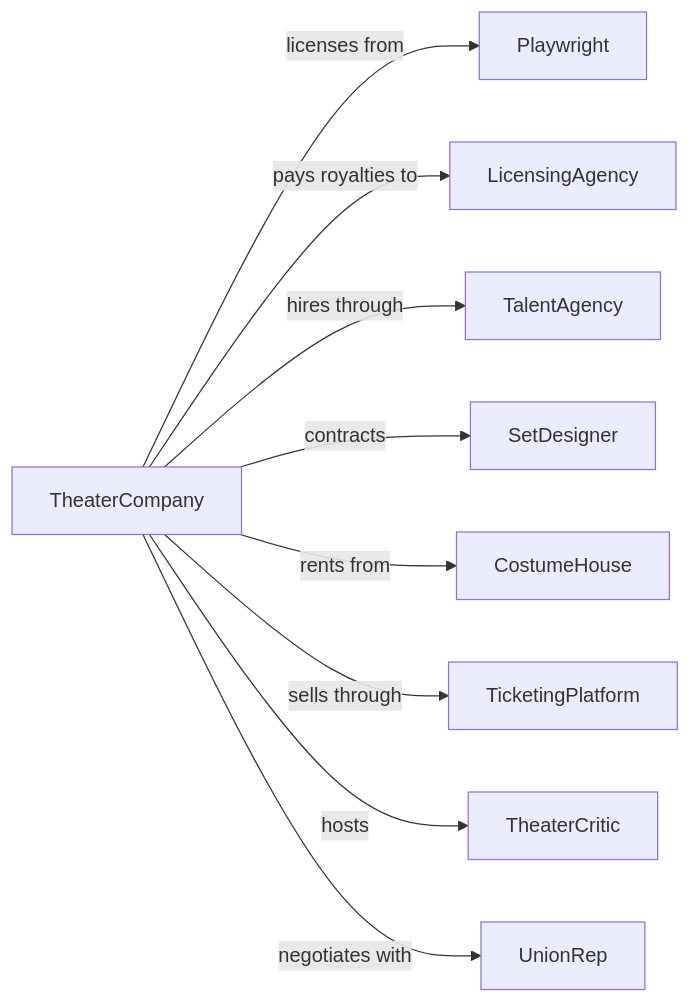
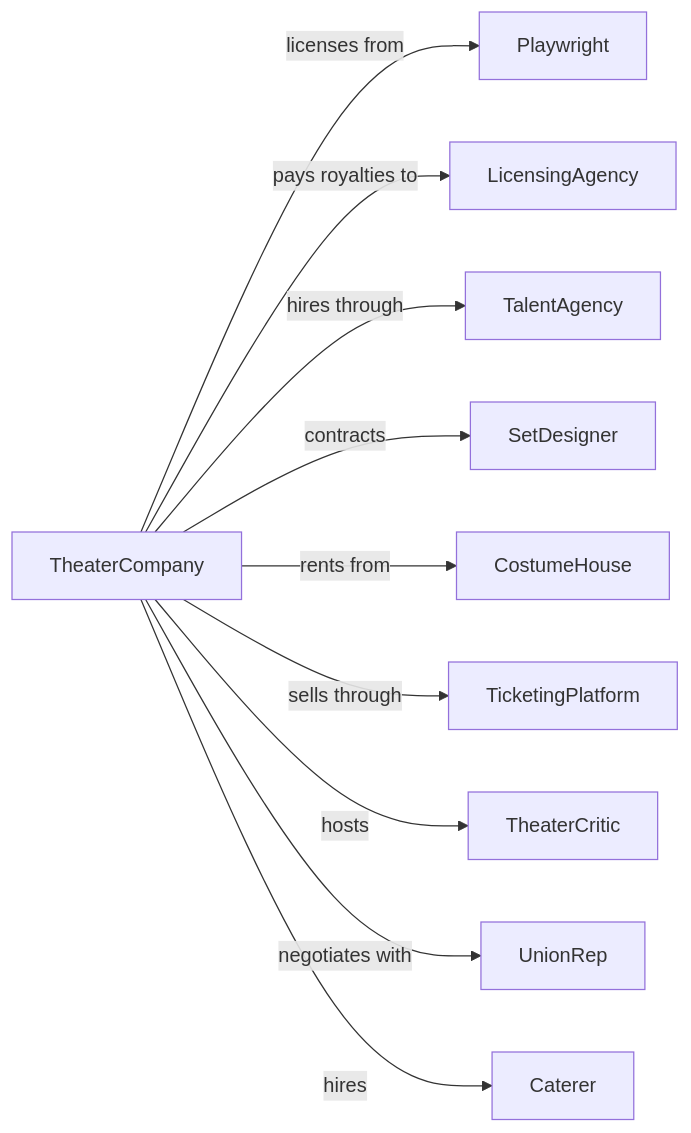
Before and after one commit to dot-org-ai/industries.org.ai: the second of 2 diagrams in Arts/PerformingArtsSpectatorSportsAndRelatedIndustries/PerformingArtsCompanies/TheaterCompaniesAndDinnerTheaters.mdx, drawn with Mermaid. The commit also changed 588 other files, not shown here.

````diff
--- a/Arts/PerformingArtsSpectatorSportsAndRelatedIndustries/PerformingArtsCompanies/TheaterCompaniesAndDinnerTheaters.mdx
+++ b/Arts/PerformingArtsSpectatorSportsAndRelatedIndustries/PerformingArtsCompanies/TheaterCompaniesAndDinnerTheaters.mdx
@@ -133,13 +133,14 @@
 ```mermaid
 graph LR
     T[TheaterCompany]
 
     T -->|licenses from| Playwright
     T -->|pays royalties to| LicensingAgency
     T -->|hires through| TalentAgency
     T -->|contracts| SetDesigner
     T -->|rents from| CostumeHouse
     T -->|sells through| TicketingPlatform
     T -->|hosts| TheaterCritic
     T -->|negotiates with| UnionRep
+    T -->|hires| Caterer
 ```
````
